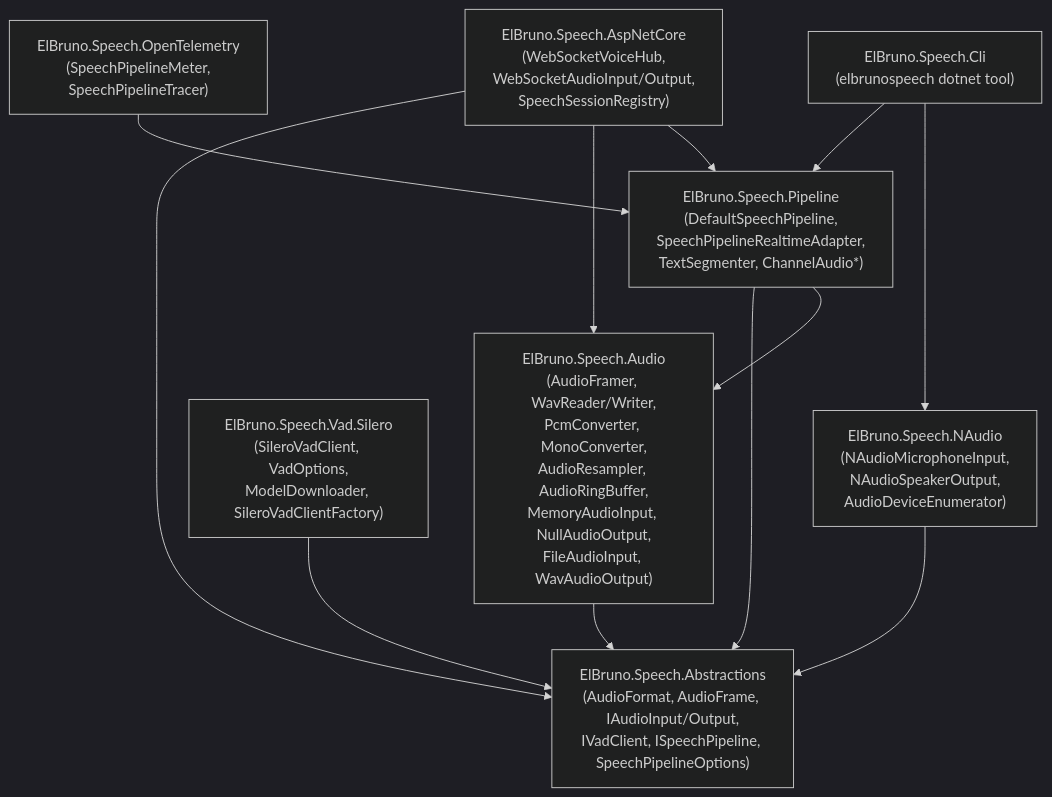
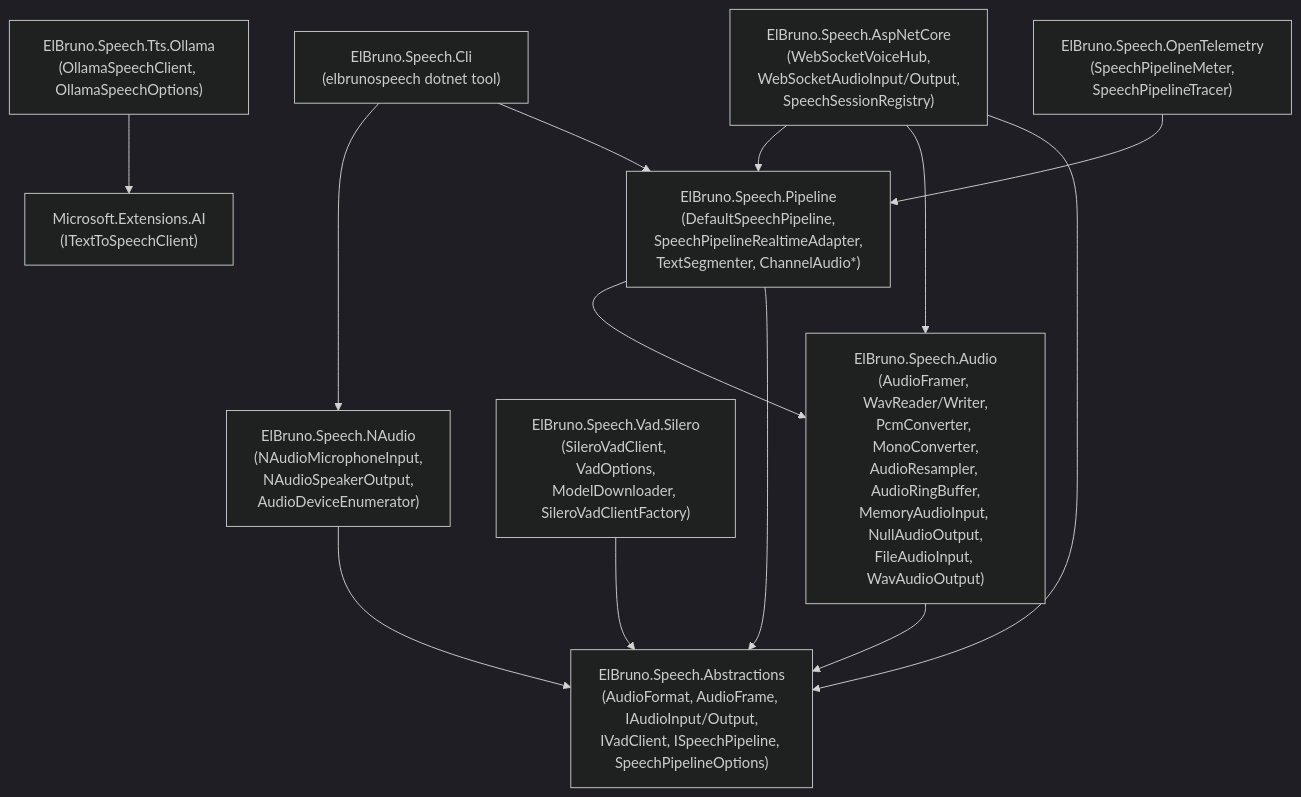
One commit to elbruno/ElBruno.Speech changed the diagram in docs/architecture.md. Above: the diagram before and after it, drawn with Mermaid (dark theme). The commit also changed other lines of this file and 21 other files, not shown here.

First line of the commit message:
Add Ollama Phonon TTS and prepare 1.6.0-preview.3

````diff
--- a/docs/architecture.md
+++ b/docs/architecture.md
@@ -9,23 +9,26 @@
 ```mermaid
 graph TD
     ABS["ElBruno.Speech.Abstractions<br/>(AudioFormat, AudioFrame, IAudioInput/Output,<br/>IVadClient, ISpeechPipeline, SpeechPipelineOptions)"]
     AUD["ElBruno.Speech.Audio<br/>(AudioFramer, WavReader/Writer,<br/>PcmConverter, MonoConverter,<br/>AudioResampler, AudioRingBuffer,<br/>MemoryAudioInput, NullAudioOutput,<br/>FileAudioInput, WavAudioOutput)"]
     VAD["ElBruno.Speech.Vad.Silero<br/>(SileroVadClient, VadOptions,<br/>ModelDownloader, SileroVadClientFactory)"]
     PIP["ElBruno.Speech.Pipeline<br/>(DefaultSpeechPipeline,<br/>SpeechPipelineRealtimeAdapter,<br/>TextSegmenter, ChannelAudio*)"]
     ASP["ElBruno.Speech.AspNetCore<br/>(WebSocketVoiceHub,<br/>WebSocketAudioInput/Output,<br/>SpeechSessionRegistry)"]
     NAU["ElBruno.Speech.NAudio<br/>(NAudioMicrophoneInput,<br/>NAudioSpeakerOutput,<br/>AudioDeviceEnumerator)"]
     OTL["ElBruno.Speech.OpenTelemetry<br/>(SpeechPipelineMeter,<br/>SpeechPipelineTracer)"]
     CLI["ElBruno.Speech.Cli<br/>(elbrunospeech dotnet tool)"]
+    OLL["ElBruno.Speech.Tts.Ollama<br/>(OllamaSpeechClient, OllamaSpeechOptions)"]
+    MEAI["Microsoft.Extensions.AI<br/>(ITextToSpeechClient)"]
 
     AUD --> ABS
     VAD --> ABS
     PIP --> ABS
     PIP --> AUD
     ASP --> ABS
     ASP --> AUD
     ASP --> PIP
     NAU --> ABS
     OTL --> PIP
     CLI --> PIP
     CLI --> NAU
+    OLL --> MEAI
 ```
````
